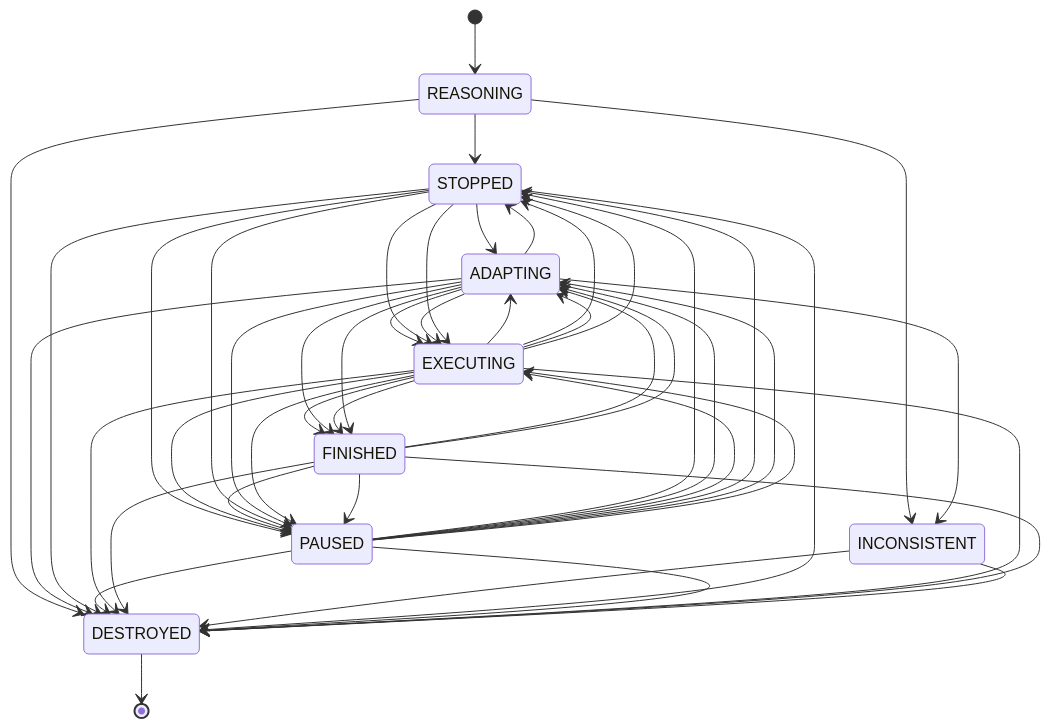
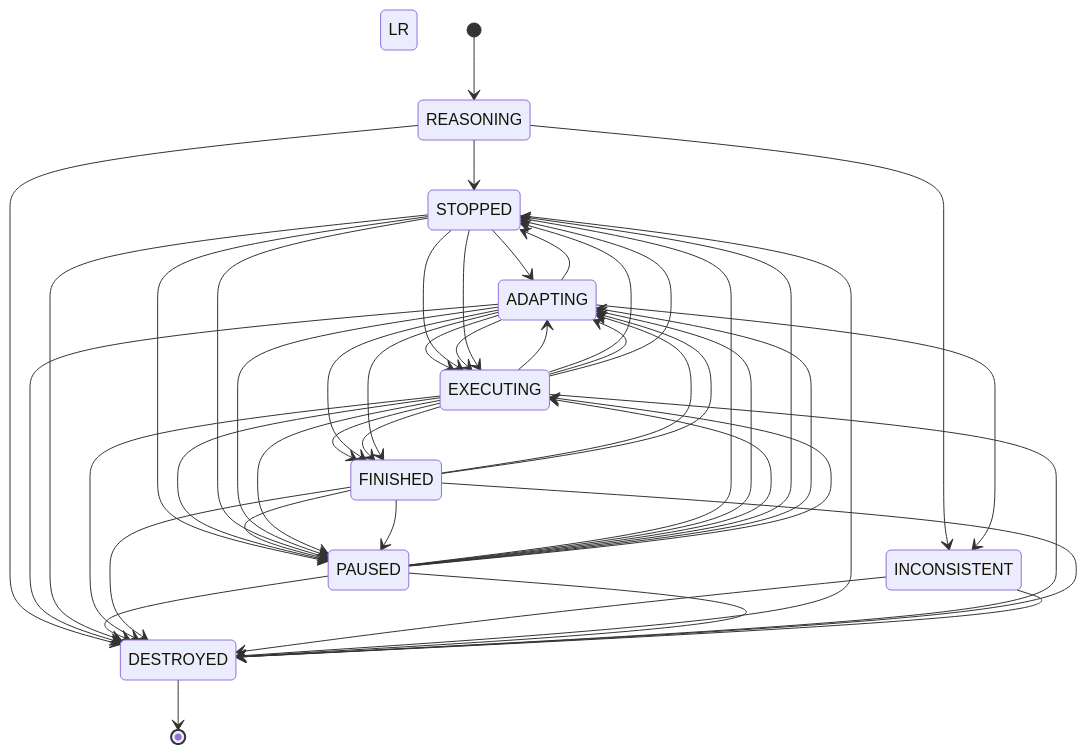
Before and after one commit to ratioSolver/AerialS: the diagram in README.md, drawn with Mermaid.

Commit message:
trying mermaid for state diagram representation..

````diff
--- a/README.md
+++ b/README.md
@@ -44,49 +44,49 @@
 ```mermaid
-stateDiagram-v2
+stateDiagram-v2 LR
     [*] --> REASONING
     DESTROYED --> [*]
     REASONING --> STOPPED
     REASONING --> INCONSISTENT
     REASONING --> DESTROYED
     ADAPTING --> INCONSISTENT
     ADAPTING --> DESTROYED
     STOPPED --> ADAPTING
     STOPPED --> DESTROYED
     STOPPED --> PAUSED
     PAUSED --> STOPPED
     PAUSED --> ADAPTING
     PAUSED --> DESTROYED
     EXECUTING --> ADAPTING
     ADAPTING --> EXECUTING
     EXECUTING --> STOPPED
     STOPPED --> EXECUTING
     EXECUTING --> PAUSED
     PAUSED --> EXECUTING
     EXECUTING --> FINISHED
     EXECUTING --> DESTROYED
     FINISHED --> ADAPTING
     ADAPTING --> FINISHED
     FINISHED --> PAUSED
     FINISHED --> DESTROYED
     INCONSISTENT --> DESTROYED
     ADAPTING --> STOPPED
     STOPPED --> DESTROYED
     STOPPED --> PAUSED
     PAUSED --> STOPPED
     PAUSED --> ADAPTING
     ADAPTING --> PAUSED
     PAUSED --> DESTROYED
     EXECUTING --> ADAPTING
     ADAPTING --> EXECUTING
     EXECUTING --> STOPPED
     STOPPED --> EXECUTING
     EXECUTING --> PAUSED
     PAUSED --> EXECUTING
     EXECUTING --> FINISHED
     EXECUTING --> DESTROYED
     FINISHED --> ADAPTING
     ADAPTING --> FINISHED
     FINISHED --> PAUSED
     FINISHED --> DESTROYED
     INCONSISTENT --> DESTROYED
 ```
````
